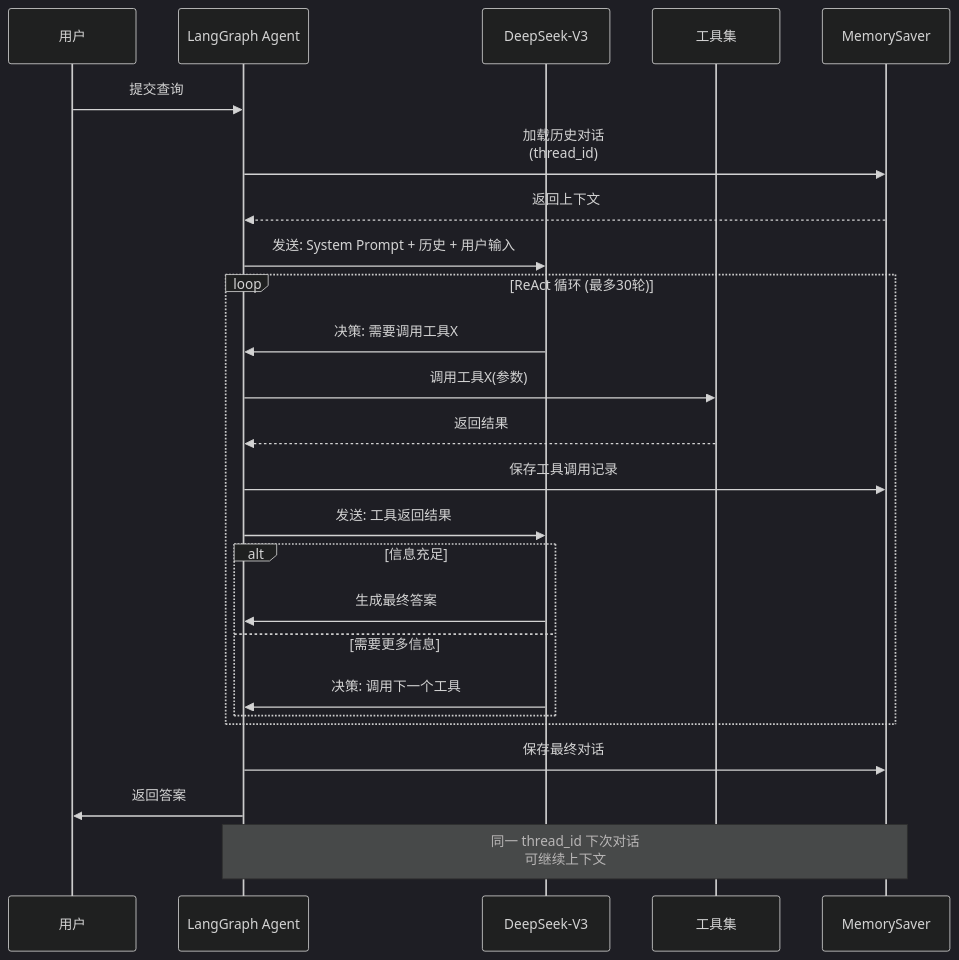
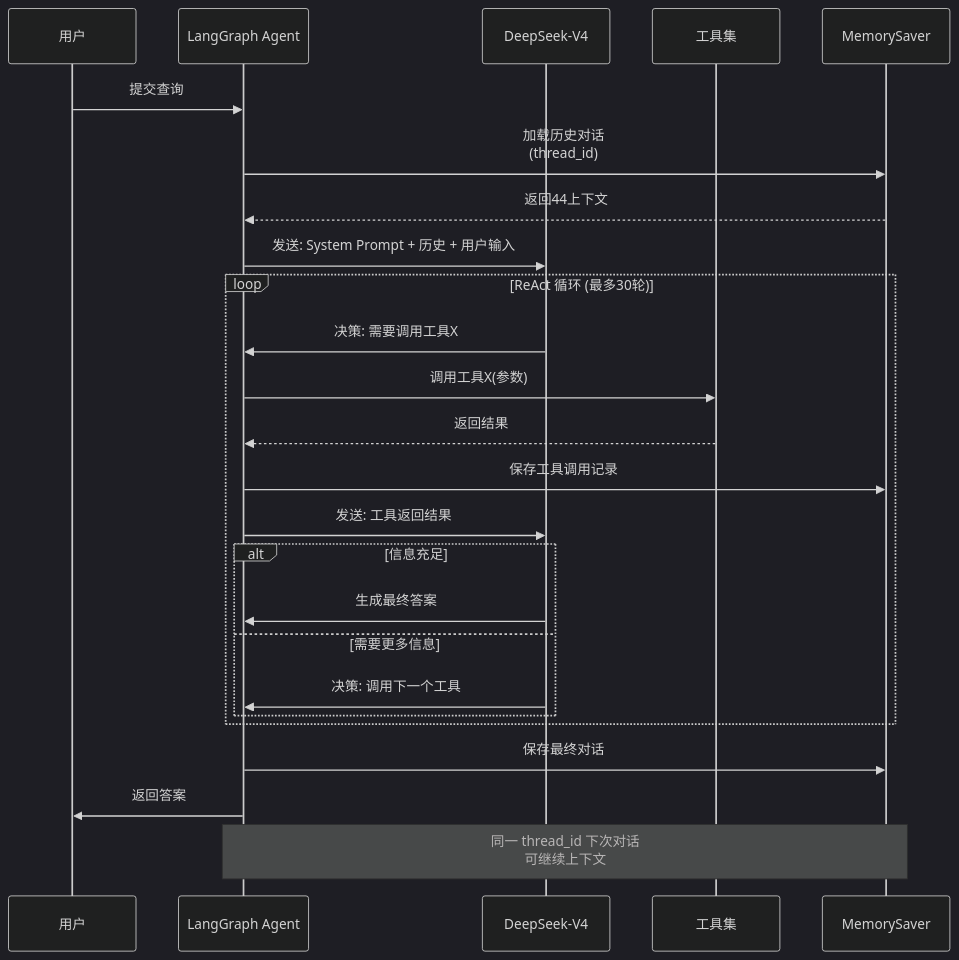
The third of 4 diagrams in docs/业务流程图.md (dagenge/Water-Agent-JSJ), drawn with Mermaid (dark theme) before and after one commit. The commit also changed other lines of this file and 4 other files, not shown here.

````diff
--- a/docs/业务流程图.md
+++ b/docs/业务流程图.md
@@ -72,33 +72,33 @@
 ```mermaid
 sequenceDiagram
     participant User as 用户
     participant Agent as LangGraph Agent
-    participant LLM as DeepSeek-V3
+    participant LLM as DeepSeek-V4
     participant Tools as 工具集
     participant Memory as MemorySaver
 
     User->>Agent: 提交查询
     Agent->>Memory: 加载历史对话<br/>(thread_id)
-    Memory-->>Agent: 返回上下文
+    Memory-->>Agent: 返回44上下文
     
     Agent->>LLM: 发送: System Prompt + 历史 + 用户输入
     
     loop ReAct 循环 (最多30轮)
         LLM->>Agent: 决策: 需要调用工具X
         Agent->>Tools: 调用工具X(参数)
         Tools-->>Agent: 返回结果
         Agent->>Memory: 保存工具调用记录
         Agent->>LLM: 发送: 工具返回结果
         
         alt 信息充足
             LLM->>Agent: 生成最终答案
         else 需要更多信息
             LLM->>Agent: 决策: 调用下一个工具
         end
     end
     
     Agent->>Memory: 保存最终对话
     Agent->>User: 返回答案
     
     Note over Agent,Memory: 同一 thread_id 下次对话<br/>可继续上下文
 ```
````
